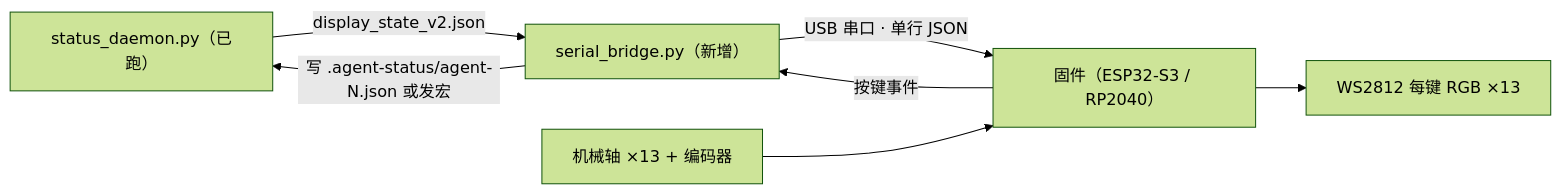
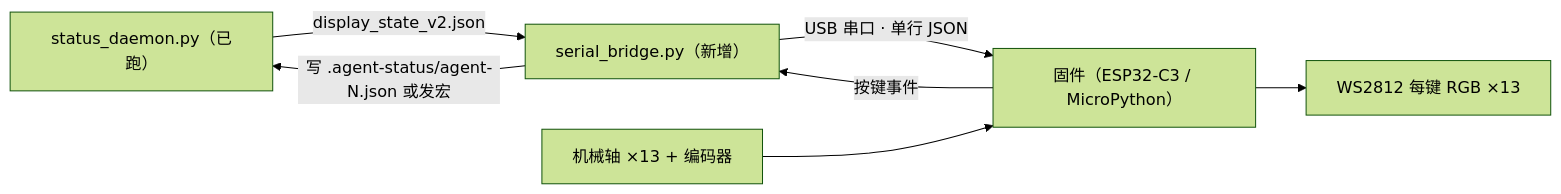
Before and after one commit to okina-ok/agentpad-from-okina: the diagram in docs/v1-hardware-plan.md, drawn with Mermaid (forest theme). The commit also changed other lines of this file and 5 other files, not shown here.

````diff
--- a/docs/v1-hardware-plan.md
+++ b/docs/v1-hardware-plan.md
@@ -8,9 +8,9 @@
 ```mermaid
 flowchart LR
     D["status_daemon.py（已跑）"] -->|"display_state_v2.json"| B["serial_bridge.py（新增）"]
-    B -->|"USB 串口 · 单行 JSON"| F["固件（ESP32-S3 / RP2040）"]
+    B -->|"USB 串口 · 单行 JSON"| F["固件（ESP32-C3 / MicroPython）"]
     F --> L["WS2812 每键 RGB ×13"]
     K["机械轴 ×13 + 编码器"] --> F
     F -->|"按键事件"| B
     B -->|"写 .agent-status/agent-N.json 或发宏"| D
 ```
````
